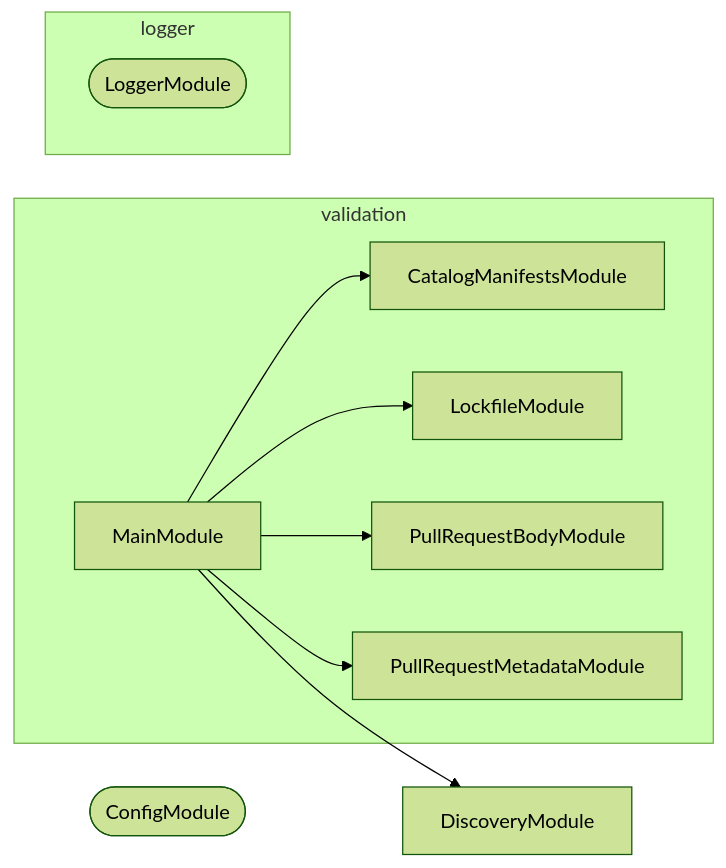
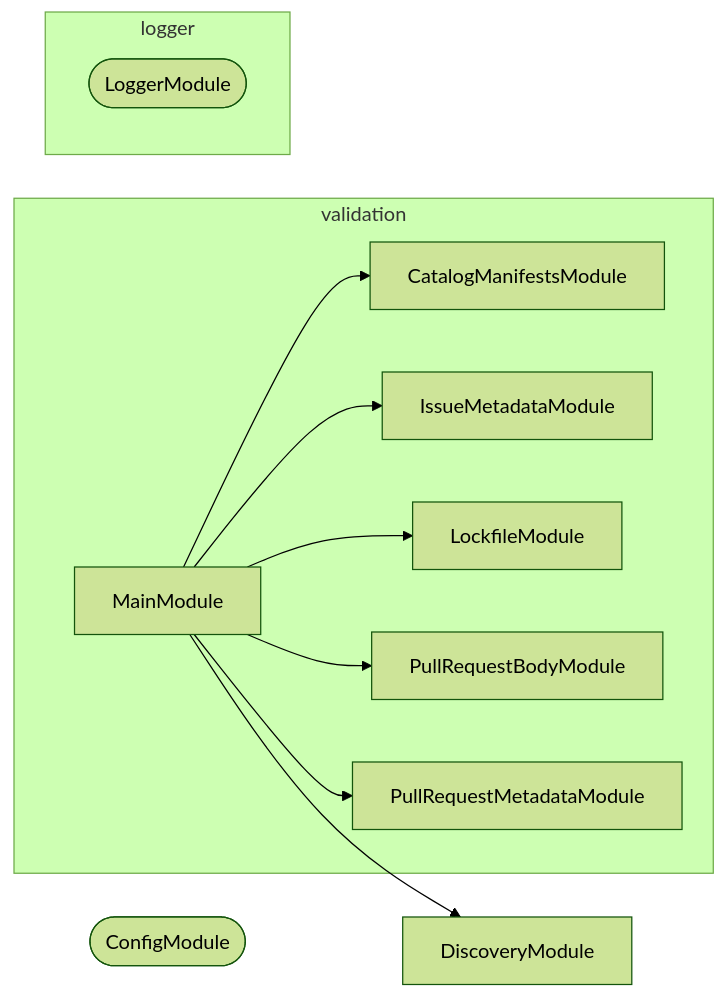
One commit to JimmyPaolini/codebase changed the diagram in tools/validation/AGENTS.md. Above: the diagram before and after it, drawn with Mermaid (forest theme). The commit also changed 23 other files, not shown here.

````diff
--- a/tools/validation/AGENTS.md
+++ b/tools/validation/AGENTS.md
@@ -86,20 +86,22 @@
 ```mermaid
 flowchart LR
   subgraph group0["validation"]
     CatalogManifestsModule
+    IssueMetadataModule
     LockfileModule
     MainModule
     PullRequestBodyModule
     PullRequestMetadataModule
   end
   subgraph group1["logger"]
     LoggerModule([LoggerModule])
   end
   ConfigModule([ConfigModule])
   DiscoveryModule
   MainModule --> CatalogManifestsModule
   MainModule --> DiscoveryModule
+  MainModule --> IssueMetadataModule
   MainModule --> LockfileModule
   MainModule --> PullRequestBodyModule
   MainModule --> PullRequestMetadataModule
 ```
````
